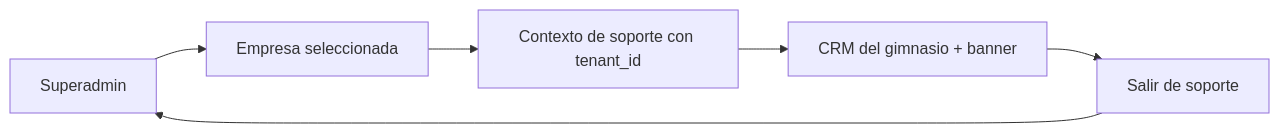
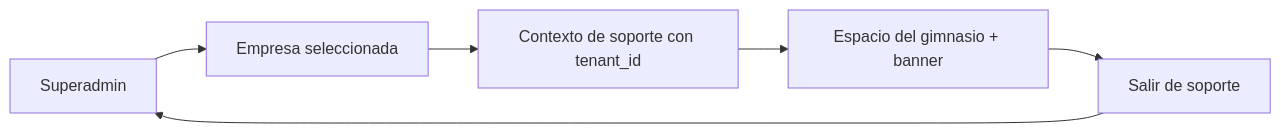
One commit to Jacketring/Membora-CRM changed the eighth of 8 diagrams in docs/18-arquitectura-y-flujos.md. Above: the diagram before and after it, drawn with Mermaid. The commit also changed other lines of this file and 70 other files, not shown here.

````diff
--- a/docs/18-arquitectura-y-flujos.md
+++ b/docs/18-arquitectura-y-flujos.md
@@ -133,8 +133,8 @@
 ```mermaid
 flowchart LR
     Admin[Superadmin] --> Company[Empresa seleccionada]
     Company --> Context[Contexto de soporte con tenant_id]
-    Context --> Gym[CRM del gimnasio + banner]
+    Context --> Gym[Espacio del gimnasio + banner]
     Gym --> Return[Salir de soporte]
     Return --> Admin
 ```
````
